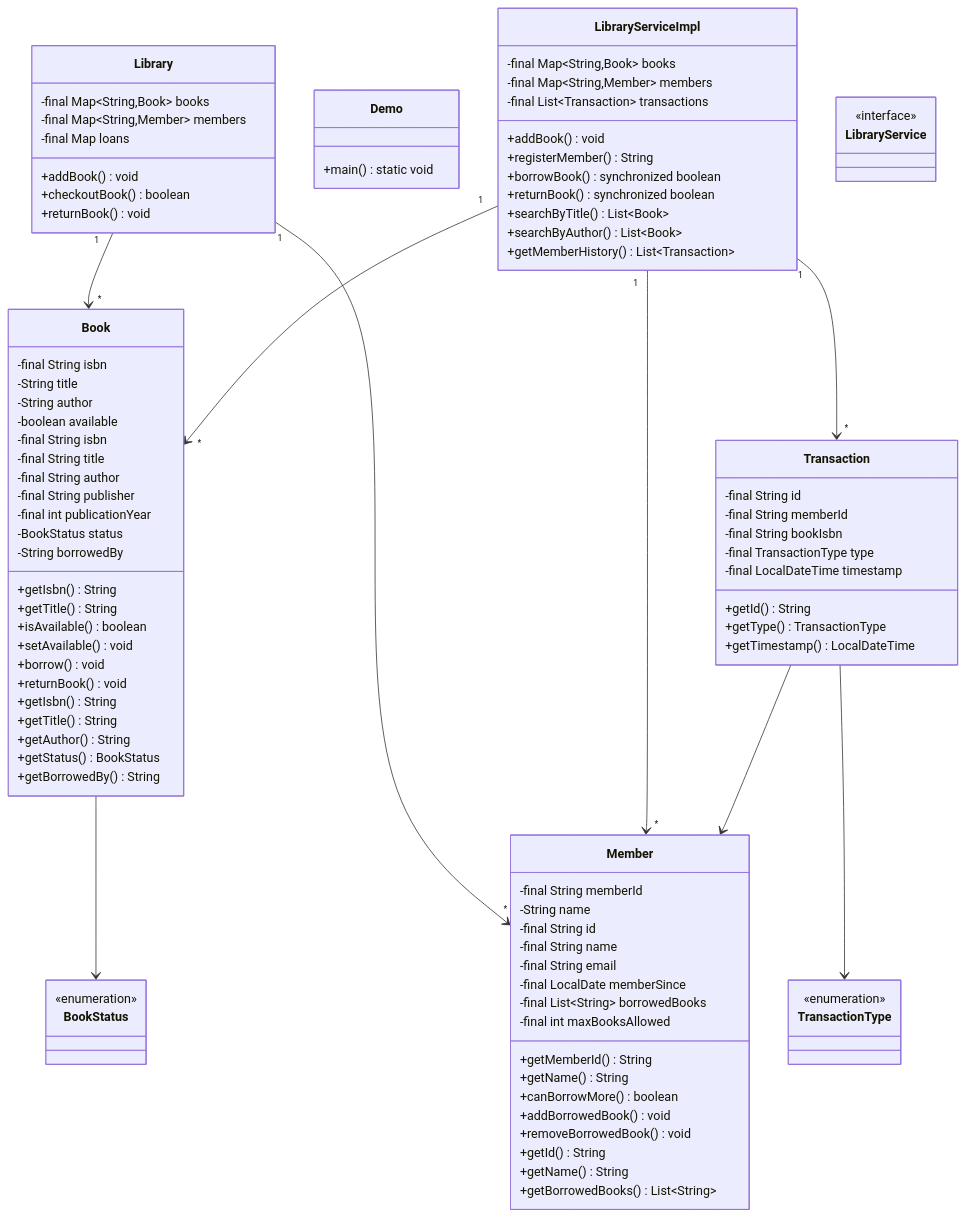
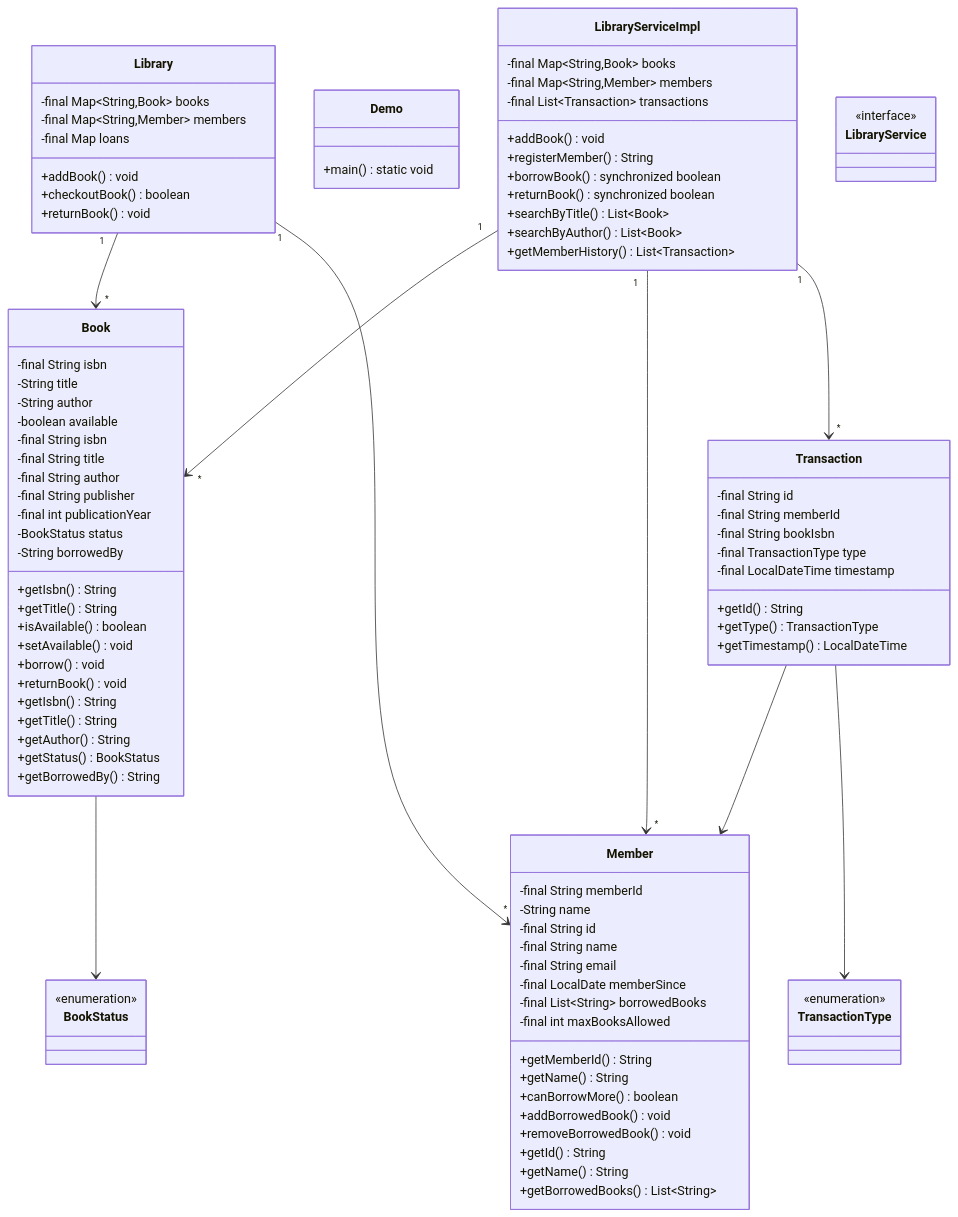
The diagram in docs/problems/library/README.md (dlkr18/lld-playbook), drawn with Mermaid before and after one commit. The commit also changed other lines of this file and 113 other files, not shown here.

````diff
--- a/docs/problems/library/README.md
+++ b/docs/problems/library/README.md
@@ -190,12 +190,12 @@
     class LibraryService
     <<interface>> LibraryService
 
+    Transaction --> Member
+    Transaction --> TransactionType
     Library "1" --> "*" Book
     Library "1" --> "*" Member
     Book --> BookStatus
     LibraryServiceImpl "1" --> "*" Book
     LibraryServiceImpl "1" --> "*" Member
     LibraryServiceImpl "1" --> "*" Transaction
-    Transaction --> Member
-    Transaction --> TransactionType
 ```
````
